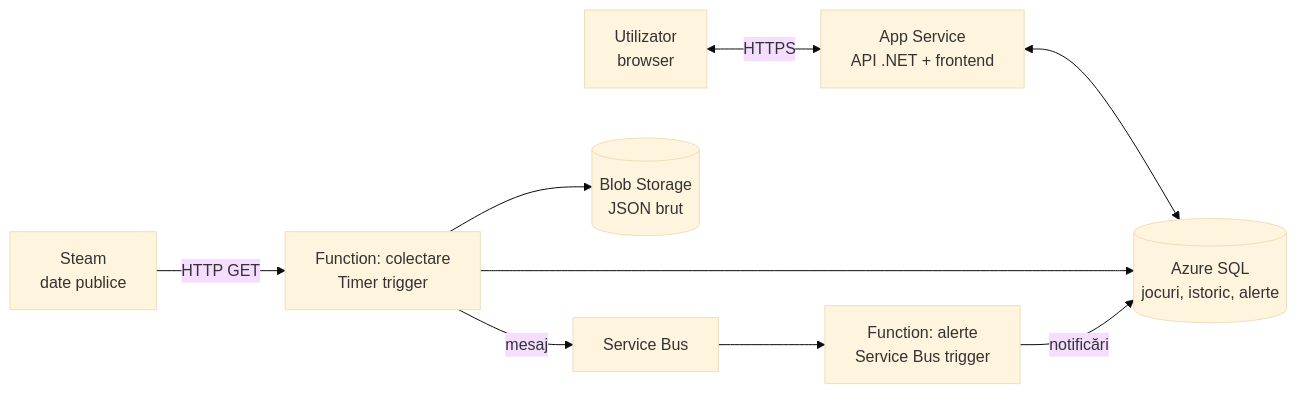
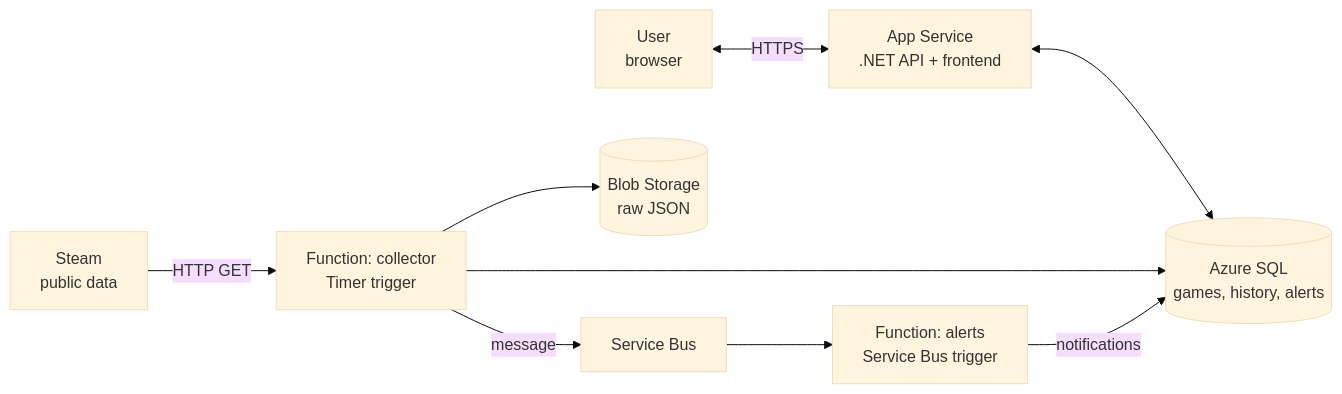
The diagram in README.md (zxzxzx1234/GamePulse), drawn with Mermaid (base theme) before and after one commit. The commit also changed other lines of this file, not shown here.

````diff
--- a/README.md
+++ b/README.md
@@ -20,11 +20,11 @@
 ```mermaid
 flowchart LR
-    U[Utilizator<br/>browser] <-->|HTTPS| A[App Service<br/>API .NET + frontend]
-    A <--> DB[(Azure SQL<br/>jocuri, istoric, alerte)]
-    S[Steam<br/>date publice] -->|HTTP GET| C[Function: colectare<br/>Timer trigger]
-    C --> B[(Blob Storage<br/>JSON brut)]
+    U[User<br/>browser] <-->|HTTPS| A[App Service<br/>.NET API + frontend]
+    A <--> DB[(Azure SQL<br/>games, history, alerts)]
+    S[Steam<br/>public data] -->|HTTP GET| C[Function: collector<br/>Timer trigger]
+    C --> B[(Blob Storage<br/>raw JSON)]
     C --> DB
-    C -->|mesaj| Q[Service Bus]
-    Q --> N[Function: alerte<br/>Service Bus trigger]
-    N -->|notificări| DB
+    C -->|message| Q[Service Bus]
+    Q --> N[Function: alerts<br/>Service Bus trigger]
+    N -->|notifications| DB
 ```
````
